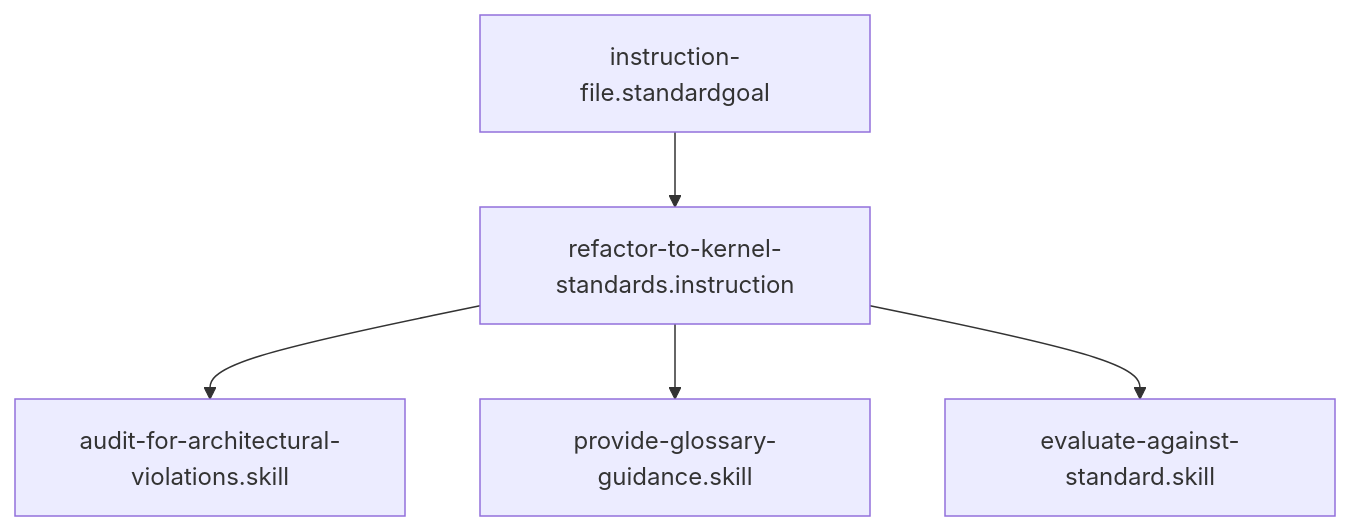
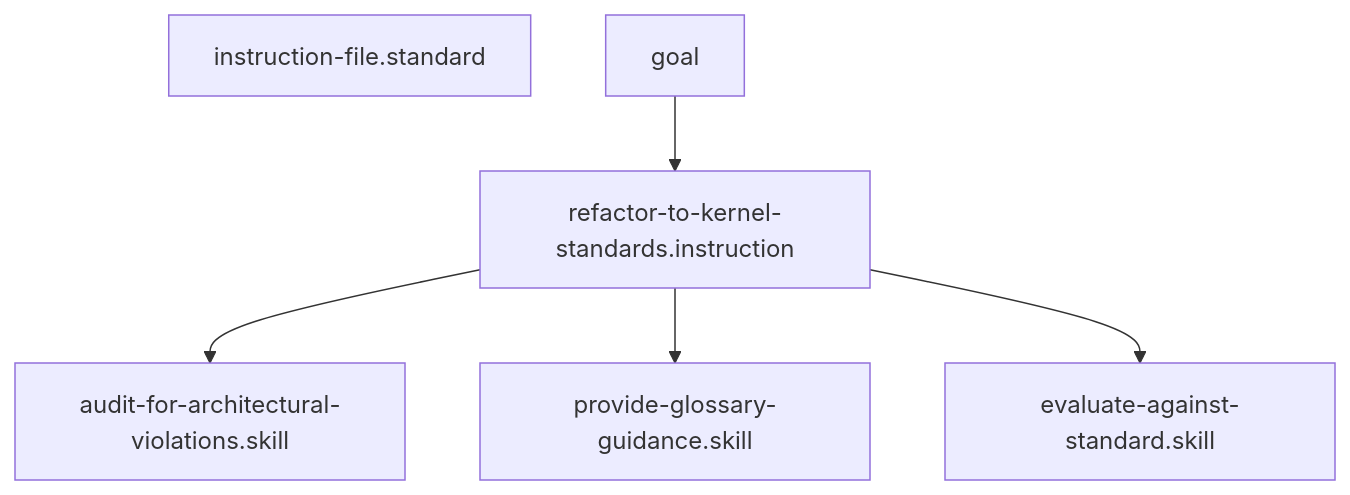
One commit to Gizmo4Life/ai-kernel changed the diagram in instructions/refactor-to-kernel-standards.instruction.md. Above: the diagram before and after it, drawn with Mermaid. The commit also changed other lines of this file and 101 other files, not shown here.

````diff
--- a/instructions/refactor-to-kernel-standards.instruction.md
+++ b/instructions/refactor-to-kernel-standards.instruction.md
@@ -28,7 +28,8 @@
 ```mermaid
 graph TD
-    instruction-file.standardgoal --> refactor-to-kernel-standards.instruction
+    instruction-file.standard
+goal --> refactor-to-kernel-standards.instruction
     refactor-to-kernel-standards.instruction --> audit-for-architectural-violations[audit-for-architectural-violations.skill]
     refactor-to-kernel-standards.instruction --> provide-glossary-guidance[provide-glossary-guidance.skill]
     refactor-to-kernel-standards.instruction --> evaluate-against-standard[evaluate-against-standard.skill]
 ```
````
